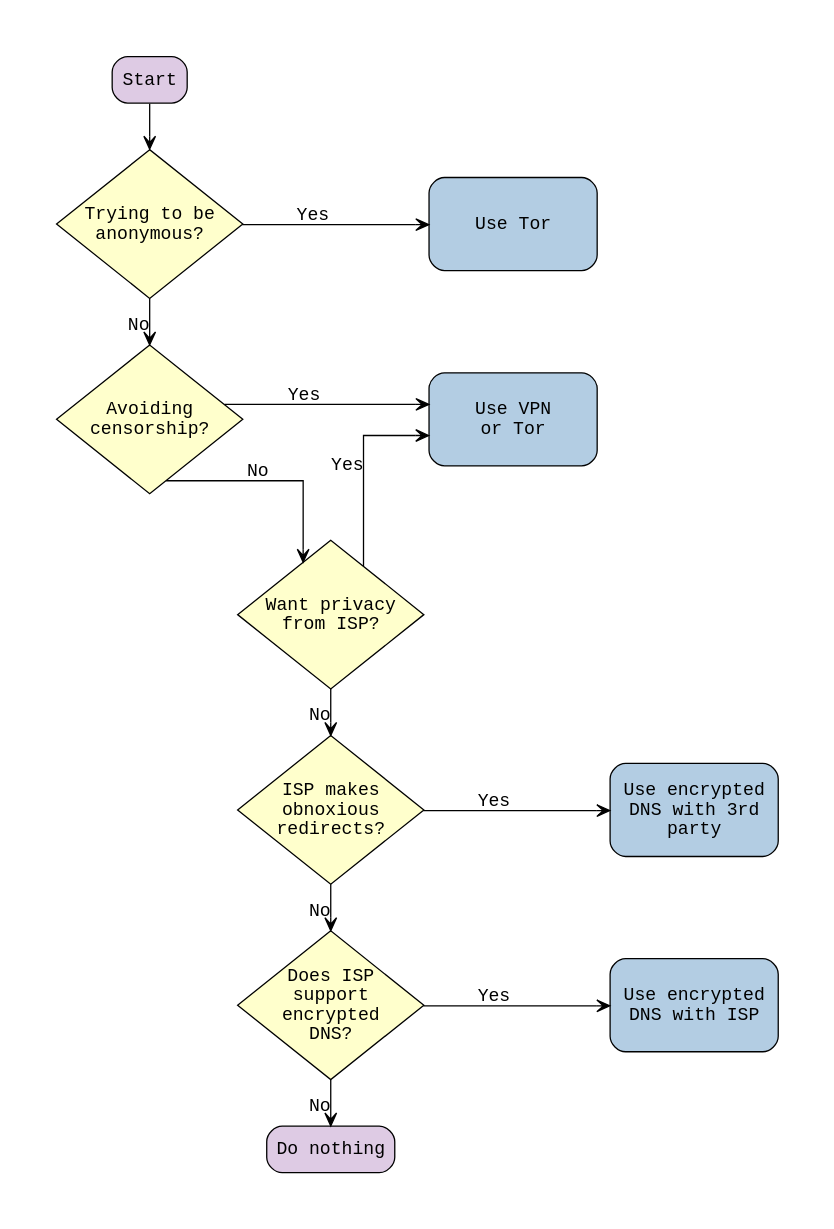
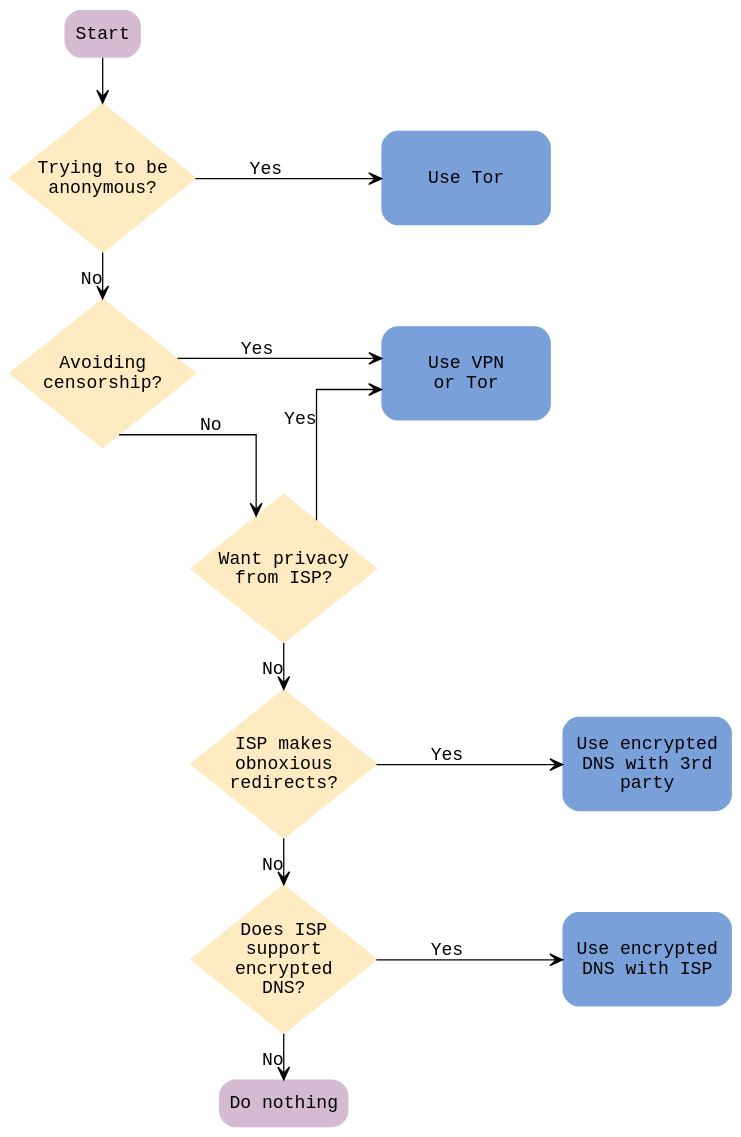
Before and after one commit to dngray/encrypted-dns: the diagram in dns.gv, drawn with Graphviz. The commit also changed 3 other files, not shown here.

```diff
--- a/dns.gv
+++ b/dns.gv
@@ -1,75 +1,73 @@
 digraph DNS {
     graph [
-        rankdir = TR;
-        compound = true;
-        fontname = "Monospace"
+        rankdir = TR
+        compound = true
+        fontname = "monospace"
         pad = "0.5"
         ranksep = "0.5"
         nodesep = "2"
-        splines = ortho;
+        splines = ortho
+        bgcolor="transparent"
     ];
     edge [
-        fontname = "Monospace"
+        fontname = "monospace"
         arrowhead = open
     ];
     node [
         shape = "box"
         style = "filled, rounded"
-        fillcolor = 4
-        colorscheme = pastel16
-        fontname = "Monospace"
+        color = "#d4bbd2"
+        fontname = "monospace"
     ] Start, nothing
     // Condition
     node [
         shape = "diamond"
         style = "filled"
-        fillcolor = 6
-        colorscheme = pastel16
-        fontname = "Monospace"
+        color = "#ffebc2"
+        fontname = "monospace"
         fixedsize = true
         width = 2
         height = 1.6
     ]; anonymous, censorship, privacy, obnoxious, ispDNS
     // Process
     node [
         shape = "record"
-        fillcolor= 2
-        colorscheme = pastel16
         style="rounded,filled"
-        fontname = "Monospace"
+        color = "#7aa0da"
+        fontname = "monospace"
         fixedsize = true
         width = 1.8
         height = 1
     ]; tor, vpnOrTor, encryptedDNS, ispDNS, useISP
 
     // Labels
     anonymous [label="Trying to be\n anonymous?"]
     censorship [label="Avoiding\n censorship?"]
     privacy [label="Want privacy\n from ISP?"]
     ispDNS [label="Does ISP\n support\n encrypted\n DNS?"]
     tor [label="Use Tor"];
     vpnOrTor [label="Use VPN\n or Tor"];
     encryptedDNS [label="Use encrypted\n DNS with 3rd\n party"]
     obnoxious [label="ISP makes\n obnoxious\n redirects?"]
     useISP[label="Use encrypted\n DNS with ISP"]
     nothing[label="Do nothing"]
 
     // Edges
     Start -> anonymous;
     anonymous -> tor [xlabel="Yes"];
     anonymous -> censorship [xlabel="No"];
     censorship -> vpnOrTor [xlabel="Yes"];
     censorship -> privacy [xlabel="No"];
     privacy -> vpnOrTor [xlabel="Yes"];
     privacy -> obnoxious [xlabel="No"];
     obnoxious -> encryptedDNS [xlabel="Yes"];
     obnoxious -> ispDNS [xlabel="No"];
     ispDNS -> useISP [xlabel="Yes"];
     ispDNS -> nothing [xlabel="No"];
 
     // Rank
     { rank=same; anonymous, tor; }
     { rank=same; censorship, vpnOrTor; }
     { rank=same; obnoxious, encryptedDNS; }
     { rank=same; ispDNS, useISP; }
 }
```
